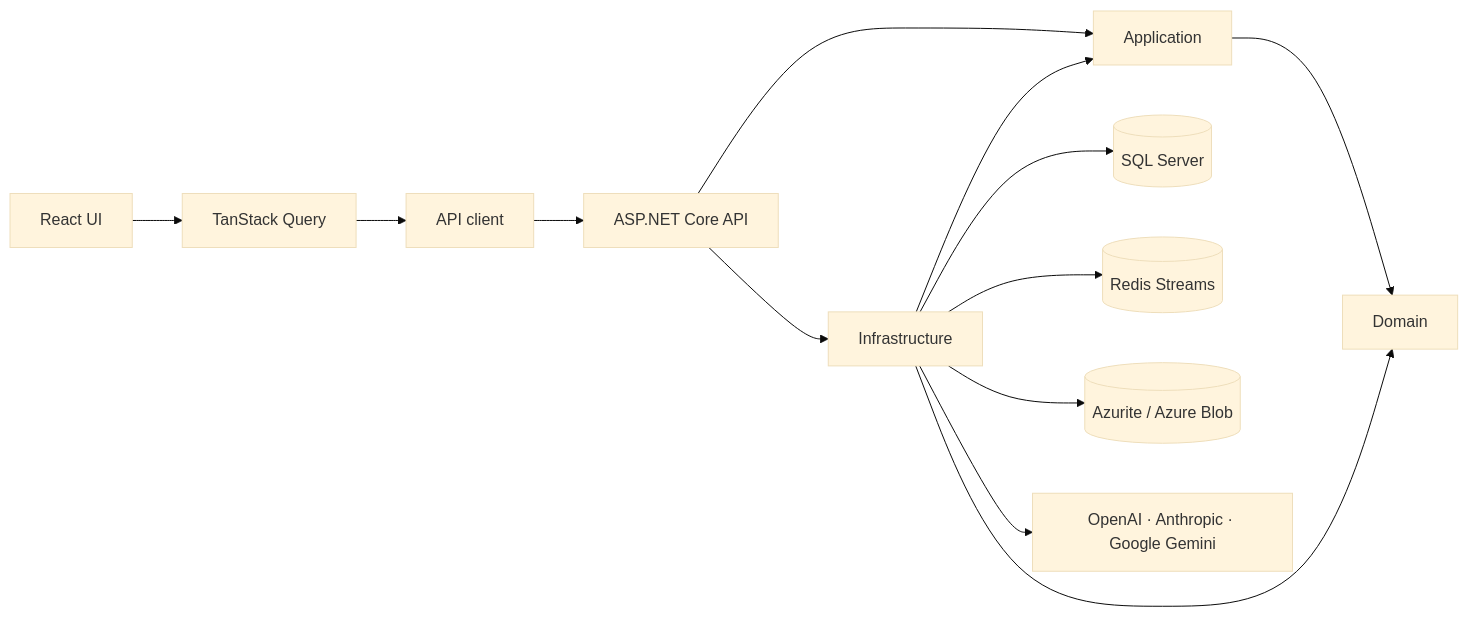
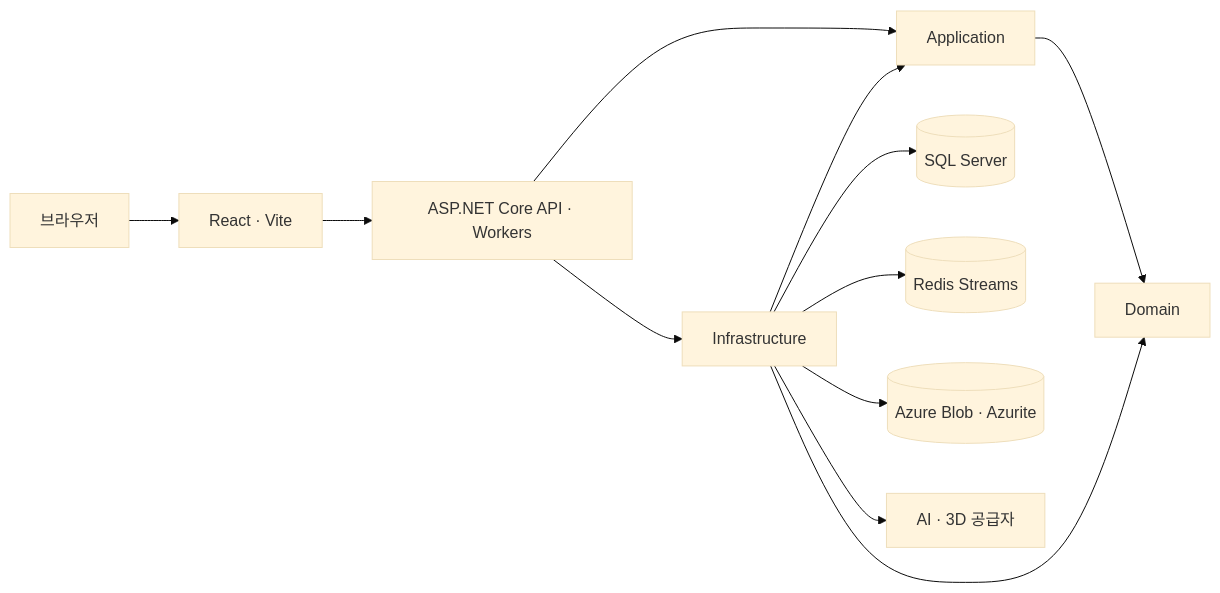
One commit to boinred/Noxtend changed the second of 2 diagrams in README.md. Above: the diagram before and after it, drawn with Mermaid (base theme). The commit also changed other lines of this file and 14 other files, not shown here.

````diff
--- a/README.md
+++ b/README.md
@@ -146,17 +39,14 @@
 ```mermaid
 flowchart LR
-    UI[React UI] --> Query[TanStack Query]
-    Query --> Client[API client]
-    Client --> API[ASP.NET Core API]
-
-    API --> App[Application]
-    App --> Domain[Domain]
-    API --> Infra[Infrastructure]
-    Infra --> App
-    Infra --> Domain
-
-    Infra --> DB[(SQL Server)]
-    Infra --> Queue[(Redis Streams)]
-    Infra --> Blob[(Azurite / Azure Blob)]
-    Infra --> AI[OpenAI · Anthropic · Google Gemini]
+    Browser[브라우저] --> Frontend[React · Vite]
+    Frontend --> API[ASP.NET Core API · Workers]
+    API --> Application[Application]
+    Application --> Domain[Domain]
+    API --> Infrastructure[Infrastructure]
+    Infrastructure --> Application
+    Infrastructure --> Domain
+    Infrastructure --> SQL[(SQL Server)]
+    Infrastructure --> Redis[(Redis Streams)]
+    Infrastructure --> Blob[(Azure Blob · Azurite)]
+    Infrastructure --> Providers[AI · 3D 공급자]
 ```
````
